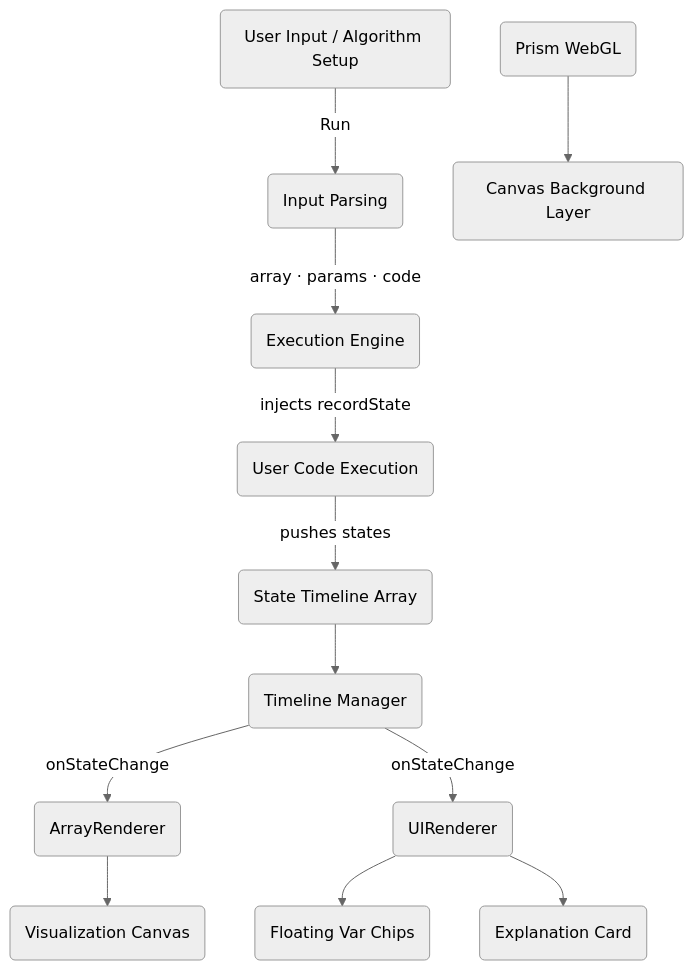
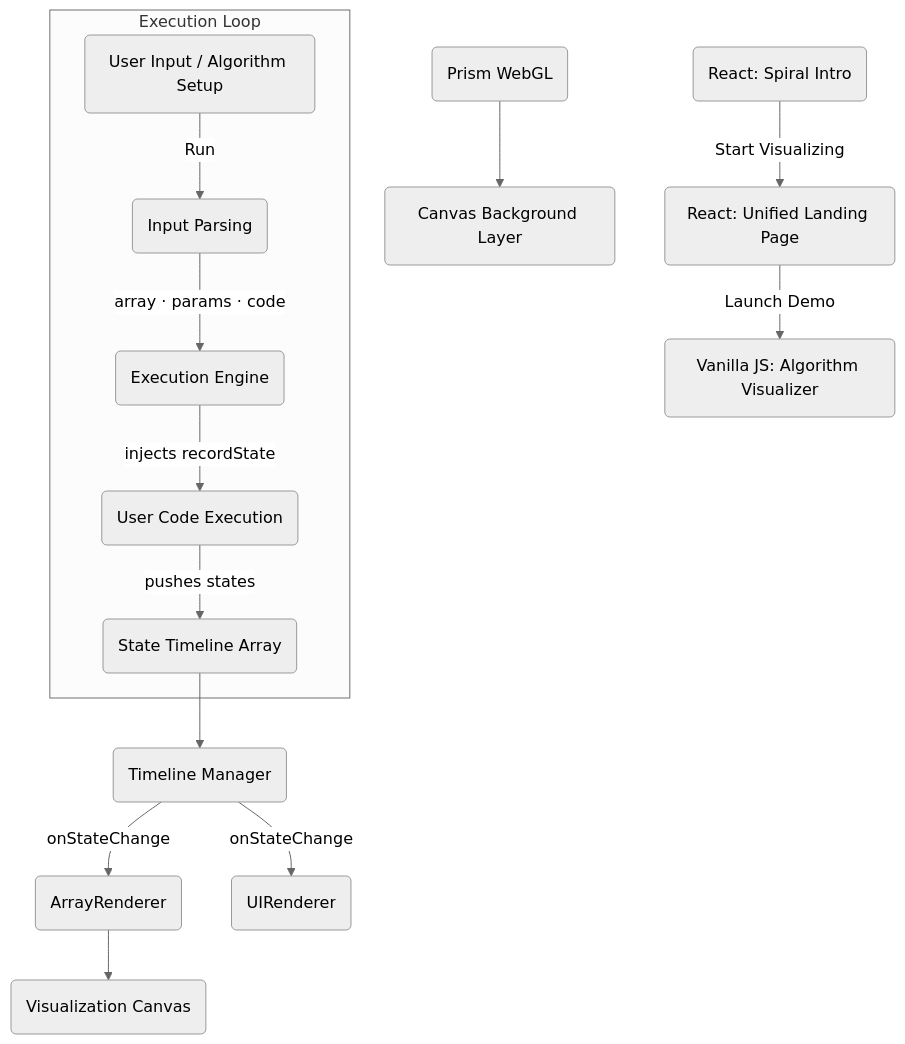
Before and after one commit to Himesh-D/AlgoMotion: the diagram in docs/architecture.md, drawn with Mermaid (neutral theme). The commit also changed other lines of this file and 13 other files, not shown here.

Commit message:
feat: add spiral intro and unified landing UI

````diff
--- a/docs/architecture.md
+++ b/docs/architecture.md
@@ -7,14 +9,19 @@
 ```mermaid
 graph TD
-    UI(User Input / Algorithm Setup) --> |Run| P(Input Parsing)
-    P --> |array · params · code| EE(Execution Engine)
-    EE --> |injects recordState| CC(User Code Execution)
-    CC --> |pushes states| ST(State Timeline Array)
+    Intro(React: Spiral Intro) --> |Start Visualizing| Landing(React: Unified Landing Page)
+    Landing --> |Launch Demo| Visualizer(Vanilla JS: Algorithm Visualizer)
+    
+    subgraph Execution Loop
+        UI(User Input / Algorithm Setup) --> |Run| P(Input Parsing)
+        P --> |array · params · code| EE(Execution Engine)
+        EE --> |injects recordState| CC(User Code Execution)
+        CC --> |pushes states| ST(State Timeline Array)
+    end
+    
     ST --> TM(Timeline Manager)
     TM --> |onStateChange| AR(ArrayRenderer)
     TM --> |onStateChange| UIR(UIRenderer)
-    UIR --> Chips(Floating Var Chips)
-    UIR --> Card(Explanation Card)
+    
     AR --> Canvas(Visualization Canvas)
     Prism(Prism WebGL) --> BG(Canvas Background Layer)
 ```
````
